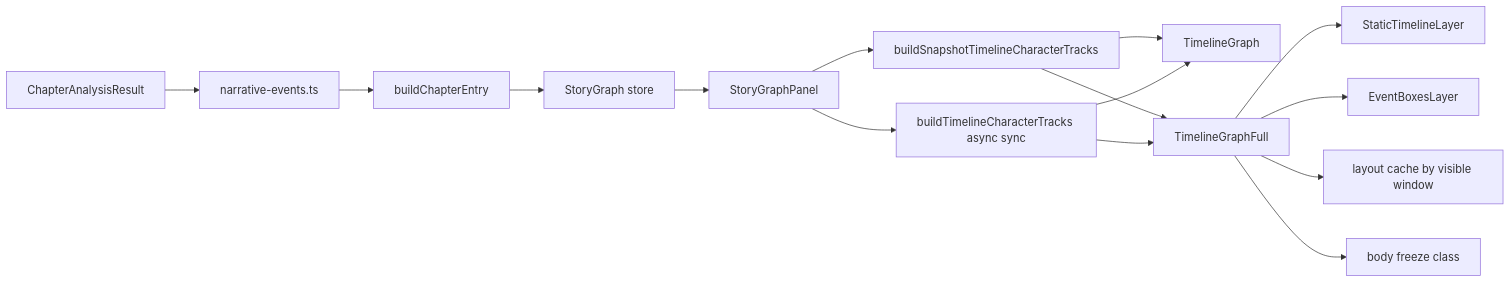
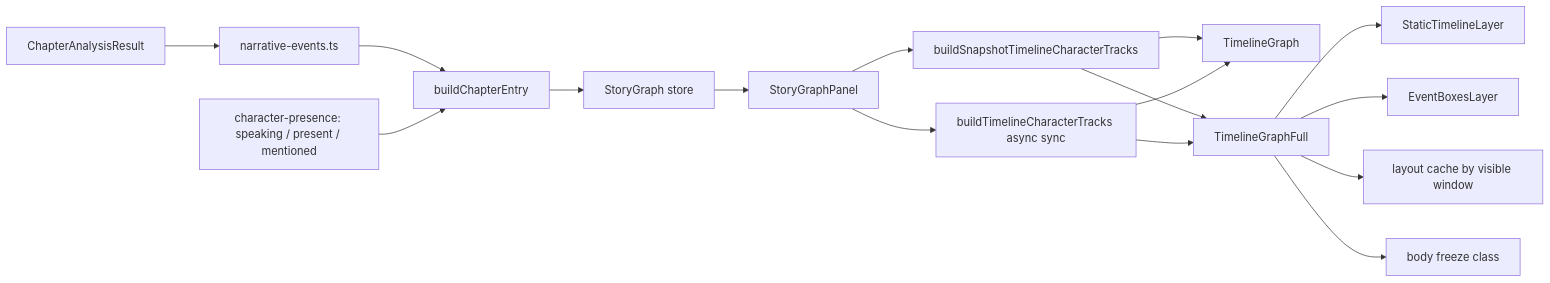
One commit to Piyakorn2112/LATENT-WRITE changed the sixth of 13 diagrams in README.md. Above: the diagram before and after it, drawn with Mermaid. The commit also changed other lines of this file and 1 other file, not shown here.

````diff
--- a/README.md
+++ b/README.md
@@ -325,18 +417,19 @@
 ```mermaid
 flowchart LR
     A[ChapterAnalysisResult] --> A2[narrative-events.ts]
     A2 --> B[buildChapterEntry]
+    A3["character-presence: speaking / present / mentioned"] --> B
     B --> C[StoryGraph store]
     C --> D[StoryGraphPanel]
     D --> E[buildSnapshotTimelineCharacterTracks]
     D --> F[buildTimelineCharacterTracks async sync]
     E --> G[TimelineGraph]
     F --> G
     E --> H[TimelineGraphFull]
     F --> H
 
     H --> I[StaticTimelineLayer]
     H --> J[EventBoxesLayer]
     H --> K[layout cache by visible window]
     H --> L[body freeze class]
 ```
````
